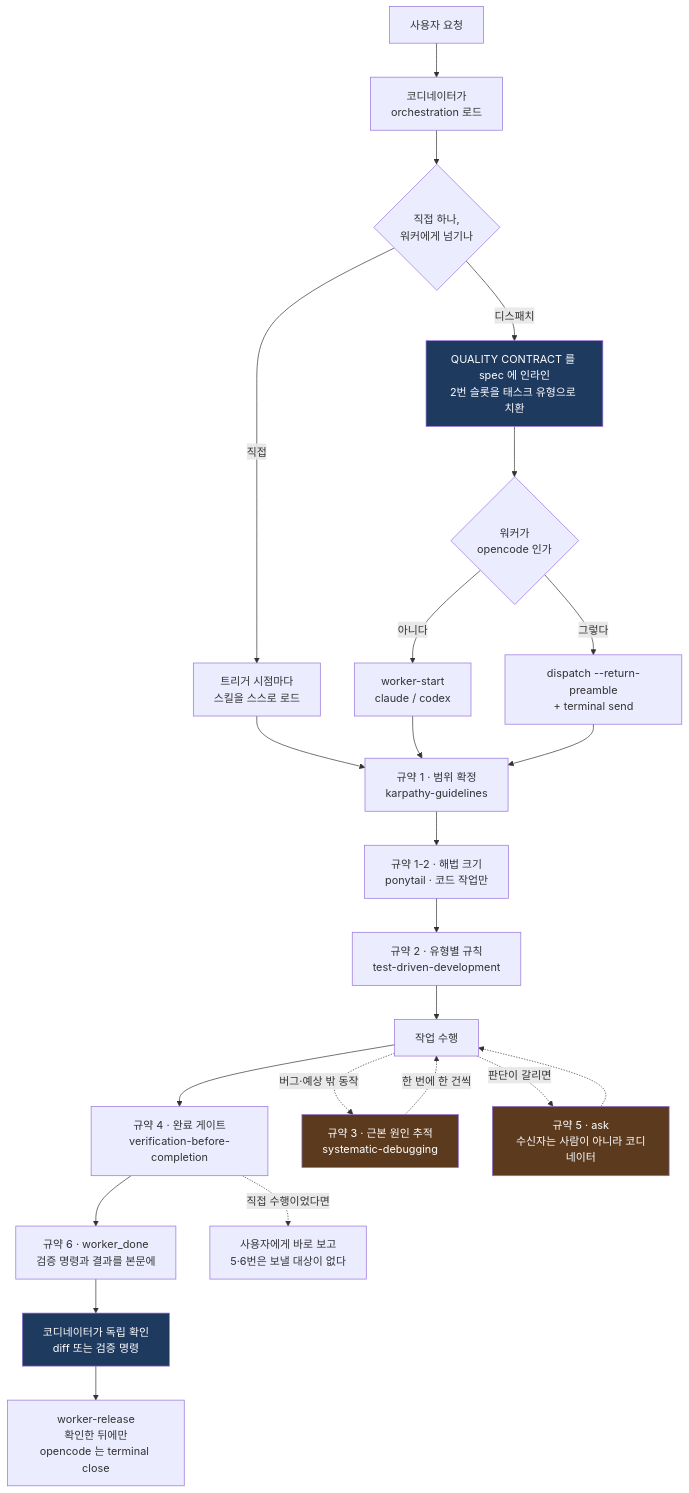
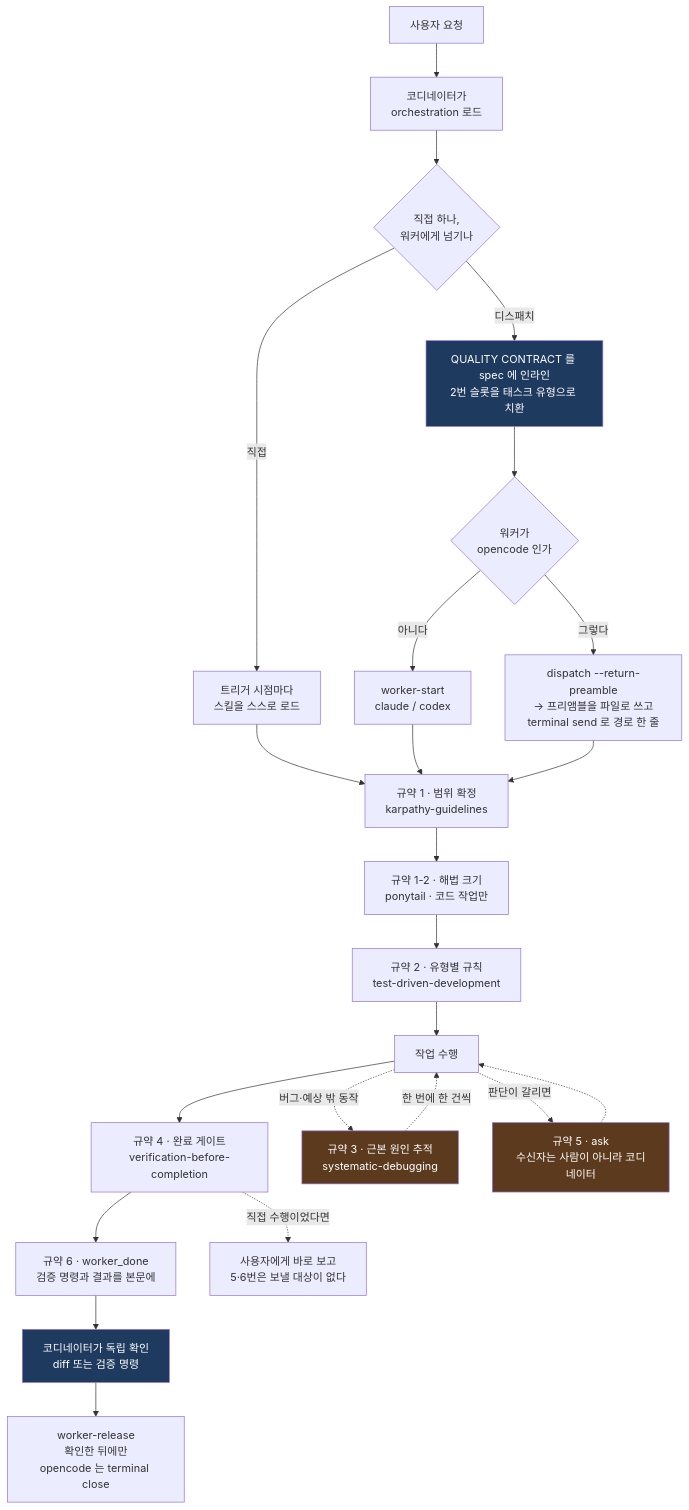
The first of 2 diagrams in README.md (treeman99/skills), drawn with Mermaid before and after one commit. The commit also changed other lines of this file and 2 other files, not shown here.

````diff
--- a/README.md
+++ b/README.md
@@ -241,35 +255,35 @@
 ```mermaid
 flowchart TD
     REQ["사용자 요청"] --> ORC["코디네이터가<br/>orchestration 로드"]
     ORC --> MODE{"직접 하나,<br/>워커에게 넘기나"}
 
     MODE -->|"직접"| SELF["트리거 시점마다<br/>스킬을 스스로 로드"]
     MODE -->|"디스패치"| SPEC["QUALITY CONTRACT 를 spec 에 인라인<br/>2번 슬롯을 태스크 유형으로 치환"]
     SPEC --> AG{"워커가<br/>opencode 인가"}
     AG -->|"아니다"| WK["worker-start<br/>claude / codex"]
-    AG -->|"그렇다"| WKO["dispatch --return-preamble<br/>+ terminal send"]
+    AG -->|"그렇다"| WKO["dispatch --return-preamble<br/>→ 프리앰블을 파일로 쓰고<br/>terminal send 로 경로 한 줄"]
 
     SELF --> K["규약 1 · 범위 확정<br/>karpathy-guidelines"]
     WK --> K
     WKO --> K
 
     K --> L["규약 1-2 · 해법 크기<br/>ponytail · 코드 작업만"]
     L --> T["규약 2 · 유형별 규칙<br/>test-driven-development"]
     T --> IMPL["작업 수행"]
     IMPL --> V["규약 4 · 완료 게이트<br/>verification-before-completion"]
 
     V --> DONE["규약 6 · worker_done<br/>검증 명령과 결과를 본문에"]
     DONE --> CONF["코디네이터가 독립 확인<br/>diff 또는 검증 명령"]
     CONF --> REL["worker-release<br/>확인한 뒤에만<br/>opencode 는 terminal close"]
     V -.->|"직접 수행이었다면"| SREP["사용자에게 바로 보고<br/>5·6번은 보낼 대상이 없다"]
 
     IMPL -.->|"버그·예상 밖 동작"| S["규약 3 · 근본 원인 추적<br/>systematic-debugging"]
     S -.->|"한 번에 한 건씩"| IMPL
     IMPL -.->|"판단이 갈리면"| ASK["규약 5 · ask<br/>수신자는 사람이 아니라 코디네이터"]
     ASK -.-> IMPL
 
     style SPEC fill:#1e3a5f,color:#fff
     style CONF fill:#1e3a5f,color:#fff
     style S fill:#5b3a1e,color:#fff
     style ASK fill:#5b3a1e,color:#fff
 ```
````
